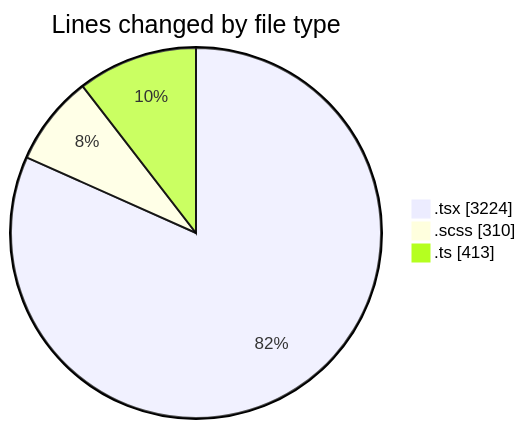
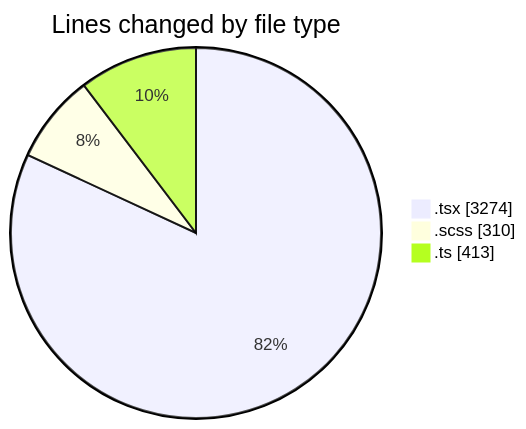
The first of 2 diagrams in 2026-05-01/cda/README.md (momahboobian/code-tracking), drawn with Mermaid before and after one commit. The commit also changed other lines of this file and 1 other file, not shown here.

````diff
--- a/2026-05-01/cda/README.md
+++ b/2026-05-01/cda/README.md
@@ -62,7 +62,7 @@
 ```mermaid
 pie showData
 title Lines changed by file type
-".tsx" : 3224
+".tsx" : 3274
 ".scss" : 310
 ".ts" : 413
 ```
````
